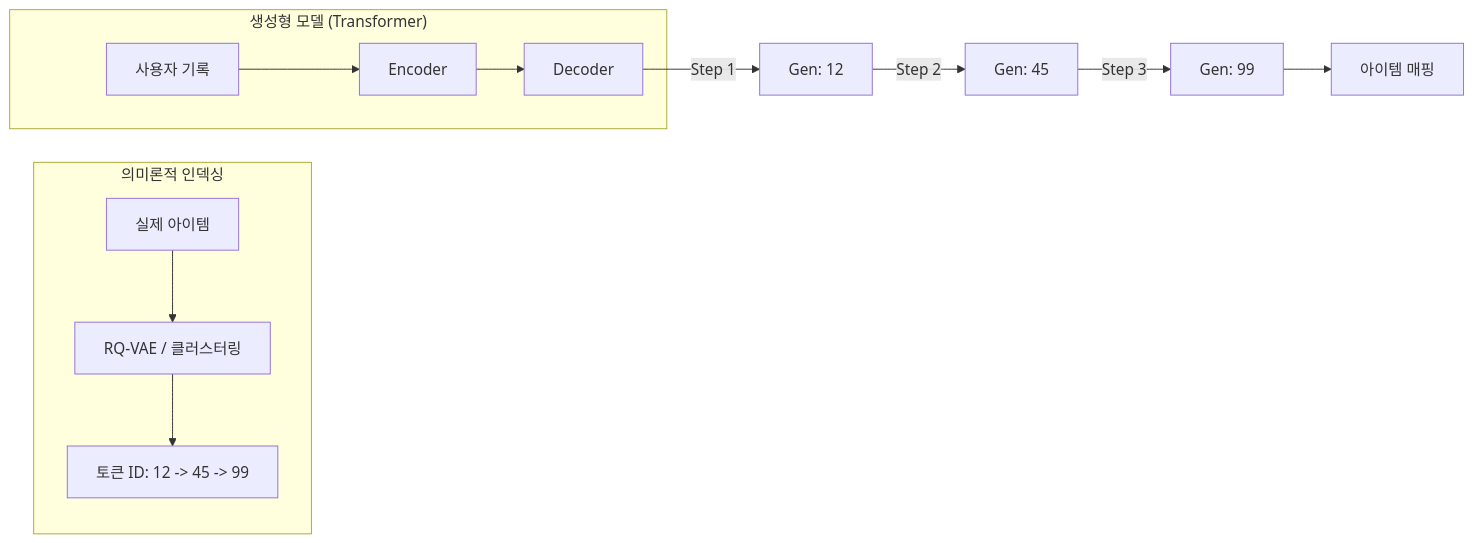
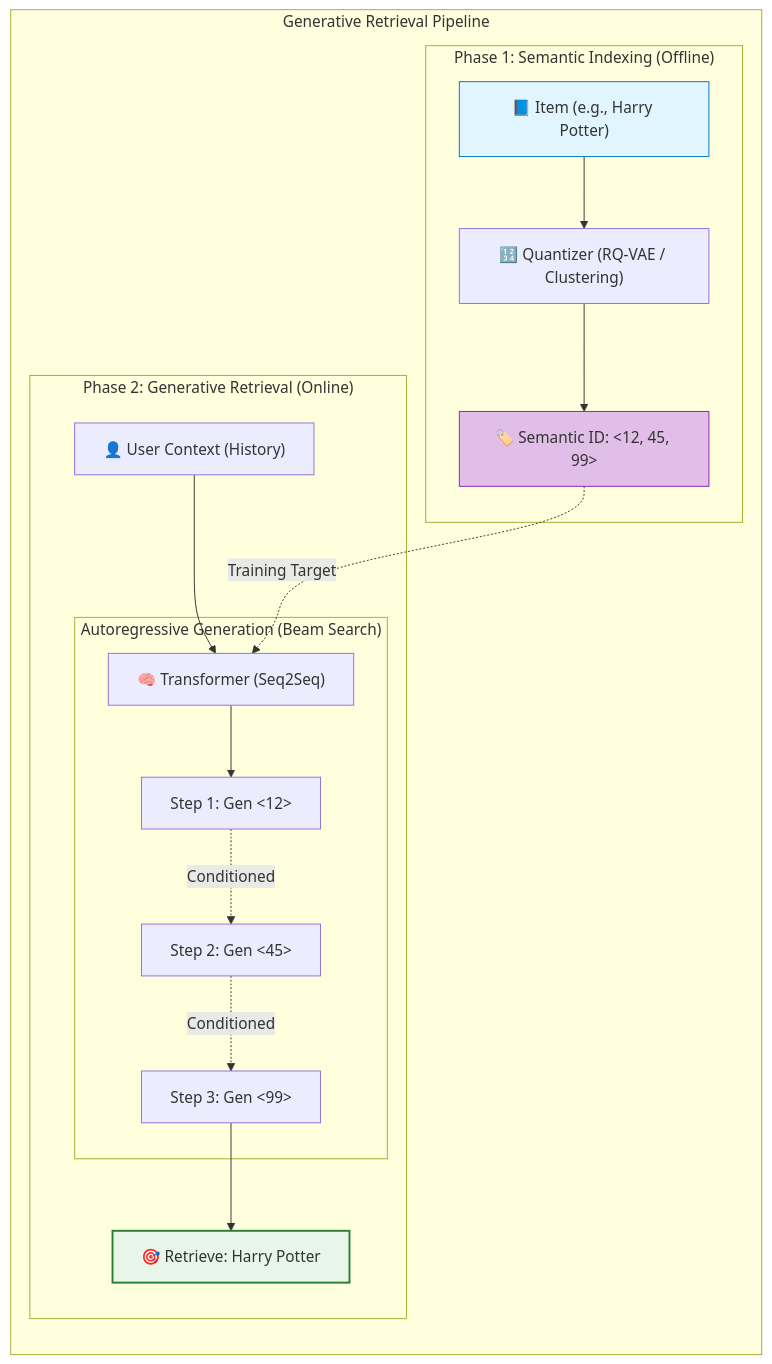
One commit to khj1212k/RecSys_Guide changed the diagram in RecSys_Guide_KO/04_SOTA_GenAI/03_Generative_RS.md. Above: the diagram before and after it, drawn with Mermaid. The commit also changed other lines of this file and 25 other files, not shown here.

Commit message:
Enhance Mermaid diagrams and update verification script

````diff
--- a/RecSys_Guide_KO/04_SOTA_GenAI/03_Generative_RS.md
+++ b/RecSys_Guide_KO/04_SOTA_GenAI/03_Generative_RS.md
@@ -104,18 +101,44 @@
 ```mermaid
-graph LR
-    subgraph "의미론적 인덱싱"
-    Item[실제 아이템] --> Quantizer[RQ-VAE / 클러스터링]
-    Quantizer --> Tokens[토큰 ID: 12 -> 45 -> 99]
+graph TD
+    subgraph "Generative Retrieval Pipeline"
+        direction TB
+
+        %% Indexing Phase
+        subgraph "Phase 1: Semantic Indexing (Offline)"
+            RawItem["📘 Item (e.g., Harry Potter)"]
+            Quantizer["🔢 Quantizer (RQ-VAE / Clustering)"]
+            TokenID["🏷️ Semantic ID: <12, 45, 99>"]
+
+            RawItem --> Quantizer --> TokenID
+        end
+
+        %% Retrieval Phase
+        subgraph "Phase 2: Generative Retrieval (Online)"
+            Context["👤 User Context (History)"]
+            Transformer["🧠 Transformer (Seq2Seq)"]
+
+            Context --> Transformer
+
+            %% Autoregressive Steps
+            subgraph "Autoregressive Generation (Beam Search)"
+                Step1["Step 1: Gen <12>"]
+                Step2["Step 2: Gen <45>"]
+                Step3["Step 3: Gen <99>"]
+
+                Transformer --> Step1
+                Step1 -.-> |Conditioned| Step2
+                Step2 -.-> |Conditioned| Step3
+            end
+
+            Step3 --> FinalItem["🎯 Retrieve: Harry Potter"]
+        end
+
+        %% Connection
+        TokenID -.-> |"Training Target"| Transformer
     end
 
-    subgraph "생성형 모델 (Transformer)"
-    Context[사용자 기록] --> Encoder
-    Encoder --> Decoder
-    end
-
-    Decoder -- Step 1 --> T1[Gen: 12]
-    T1 -- Step 2 --> T2[Gen: 45]
-    T2 -- Step 3 --> T3[Gen: 99]
-
-    T3 --> LookUp[아이템 매핑]
+    %% Styling
+    style RawItem fill:#e1f5fe,stroke:#0277bd
+    style TokenID fill:#e1bee7,stroke:#8e24aa
+    style FinalItem fill:#e8f5e9,stroke:#2e7d32,stroke-width:2px
 ```
````
